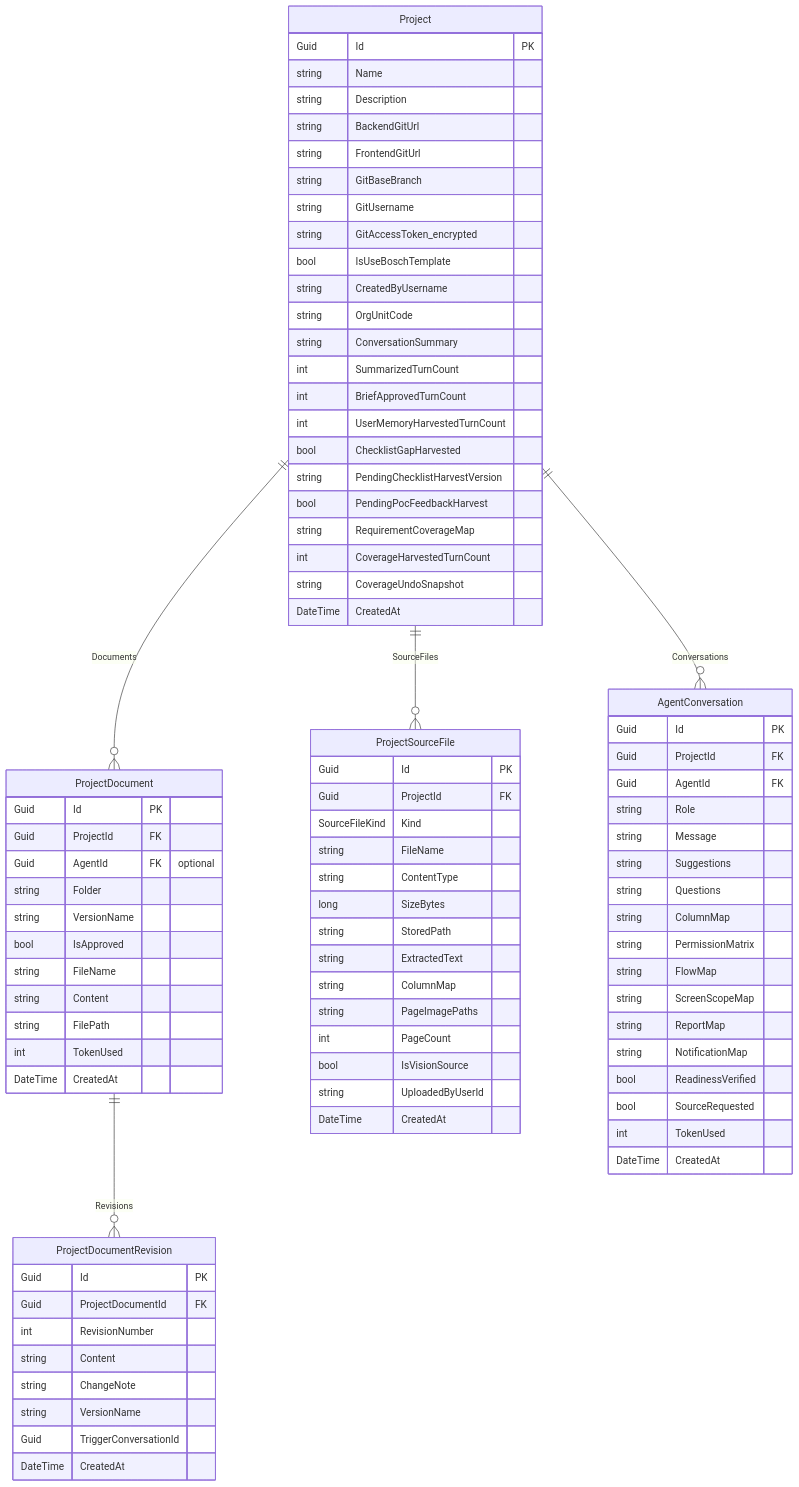
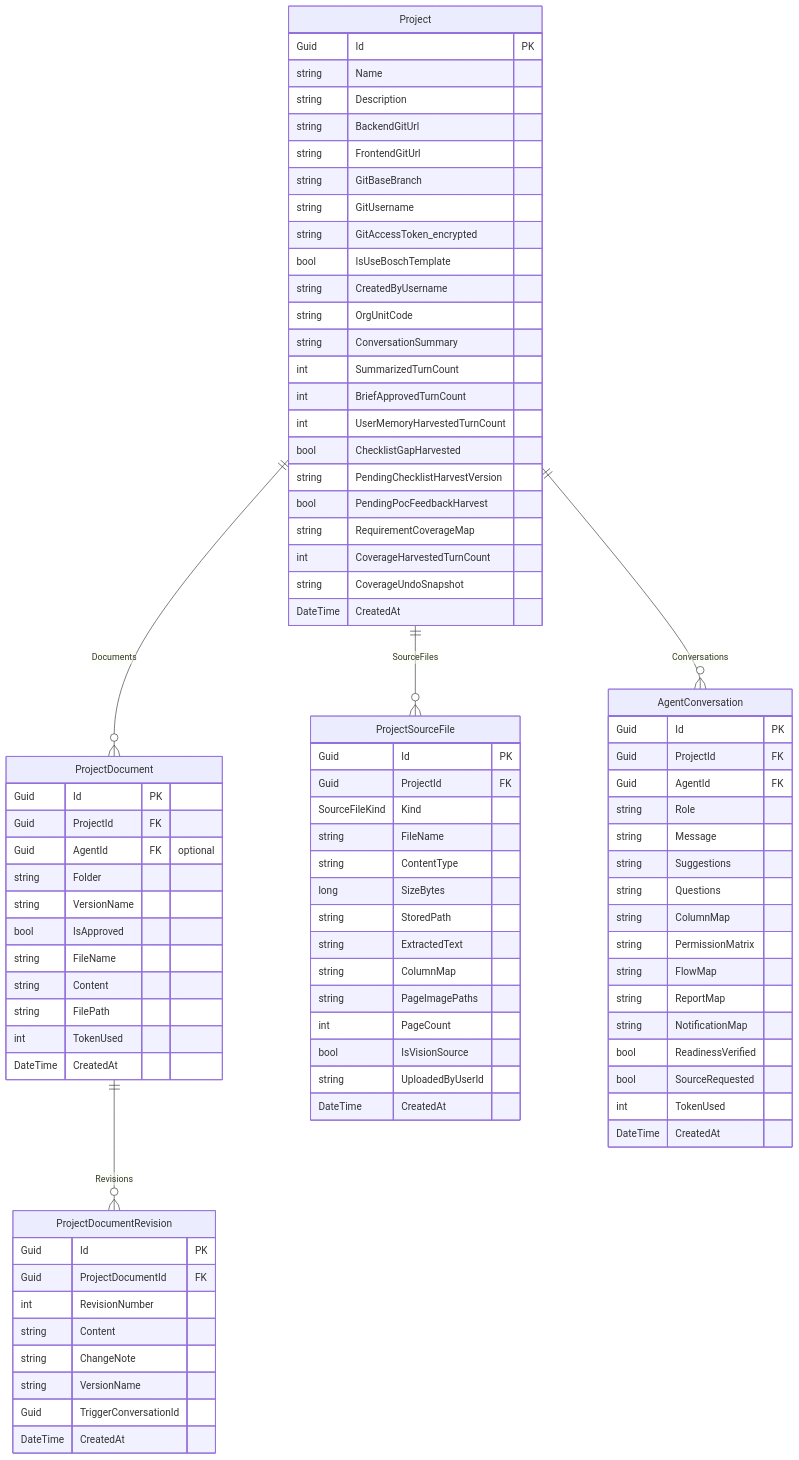
One commit to Songlong0506/ICOGenerator-v4 changed the second of 9 diagrams in docs/data-model.md. Above: the diagram before and after it, drawn with Mermaid. The commit also changed other lines of this file and 134 other files, not shown here.

```diff
--- a/docs/data-model.md
+++ b/docs/data-model.md
@@ -177,7 +177,6 @@
         string ColumnMap
         string PermissionMatrix
         string FlowMap
-        string ScreenScopeMap
         string ReportMap
         string NotificationMap
         bool ReadinessVerified
```
